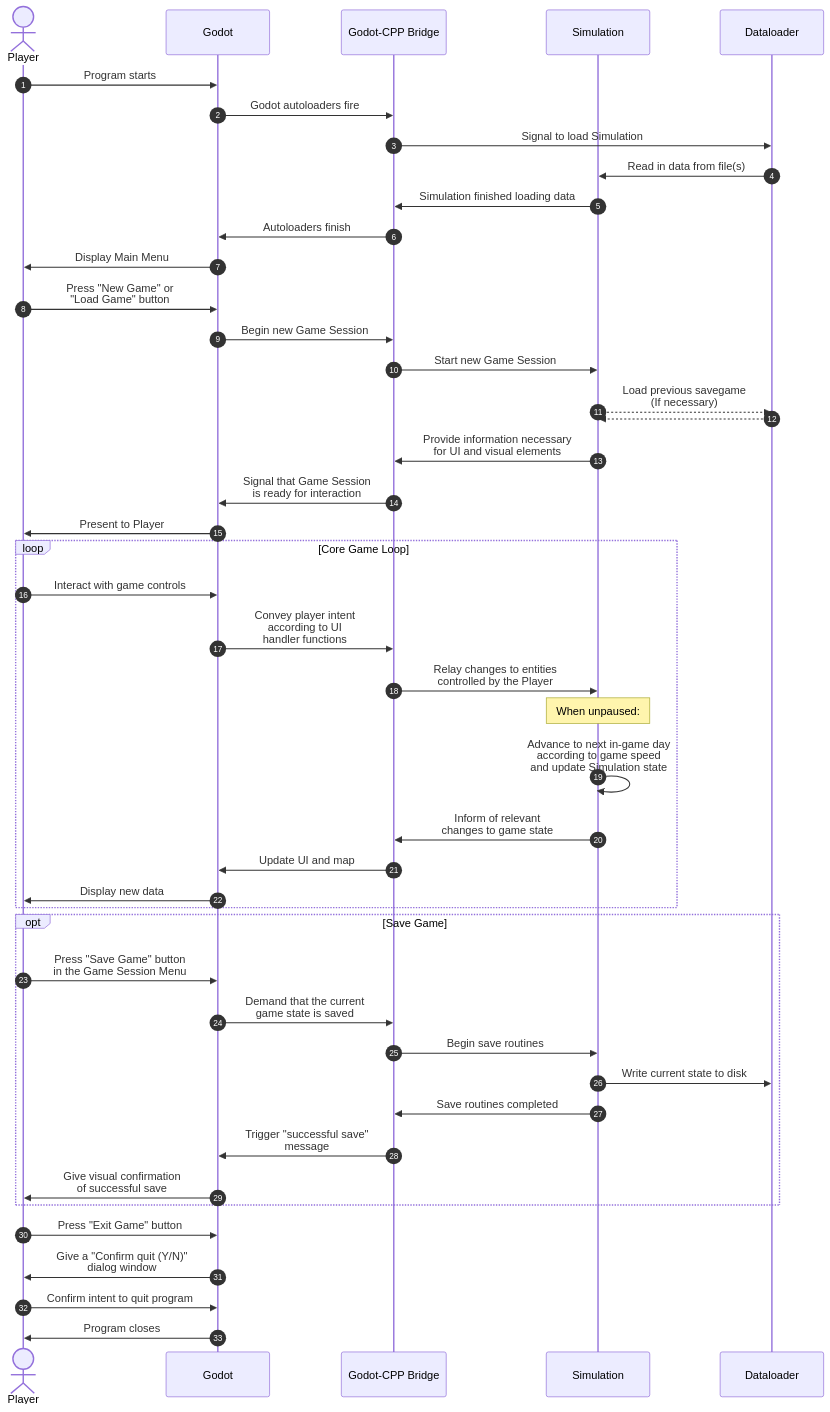
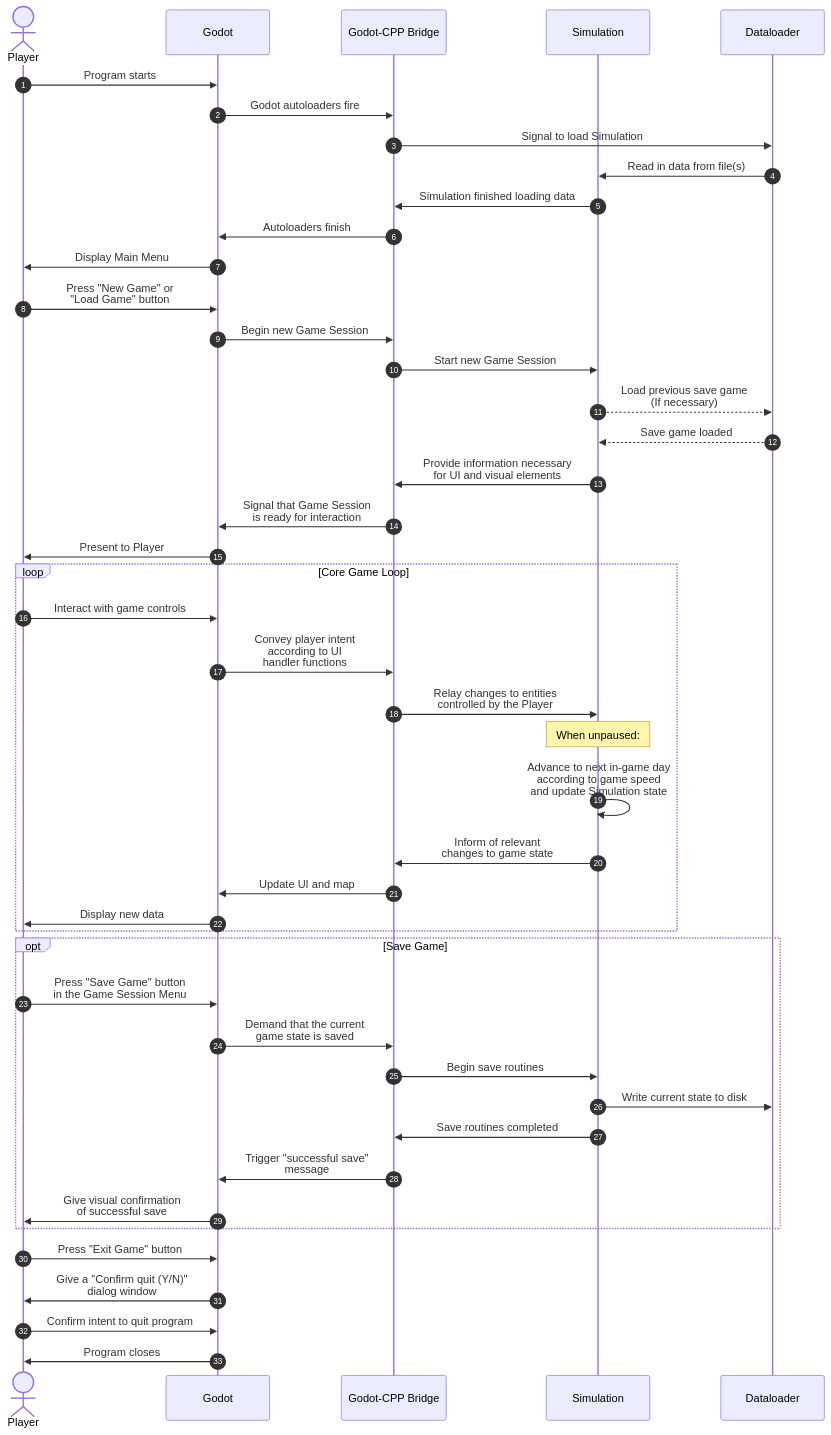
The diagram in docs/general-program-architecture.md (OpenVicProject/OpenVic), drawn with Mermaid before and after one commit.

Commit message:
adding text to fix mermaid render error

````diff
--- a/docs/general-program-architecture.md
+++ b/docs/general-program-architecture.md
@@ -2,51 +2,51 @@
 ```mermaid
 sequenceDiagram
 actor Player
 participant UI as Godot
 participant Bridge as Godot-CPP Bridge
 participant Simulation
 participant Dataloader
 autonumber
 
 Player ->> UI: Program starts
 UI ->> Bridge: Godot autoloaders fire
 Bridge ->> Dataloader: Signal to load Simulation
 Dataloader ->> Simulation: Read in data from file(s)
 Simulation ->> Bridge:  Simulation finished loading data
 Bridge ->> UI: Autoloaders finish
 UI ->> Player: Display Main Menu
 Player ->> UI: Press "New Game" or<br>"Load Game" button
 UI ->> Bridge: Begin new Game Session
 Bridge ->> Simulation: Start new Game Session
-Simulation -->> Dataloader: Load previous savegame<br>(If necessary)
-Dataloader -->> Simulation:
+Simulation -->> Dataloader: Load previous save game<br>(If necessary)
+Dataloader -->> Simulation: Save game loaded
 Simulation ->> Bridge: Provide information necessary<br>for UI and visual elements
 Bridge ->> UI: Signal that Game Session<br> is ready for interaction
 UI ->> Player: Present to Player
 
 loop Core Game Loop
 Player ->> UI: Interact with game controls
 UI ->> Bridge: Convey player intent<br>according to UI<br>handler functions
 Bridge ->> Simulation: Relay changes to entities<br>controlled by the Player
 Note over Simulation: When unpaused:
 Simulation ->> Simulation: Advance to next in-game day<br>according to game speed<br>and update Simulation state
 Simulation ->> Bridge: Inform of relevant<br>changes to game state
 Bridge ->> UI: Update UI and map
 UI ->> Player: Display new data
 end
 
 opt Save Game
 Player ->> UI: Press "Save Game" button<br>in the Game Session Menu
 UI ->> Bridge: Demand that the current<br>game state is saved
 Bridge ->> Simulation: Begin save routines
 Simulation ->> Dataloader: Write current state to disk
 Simulation ->> Bridge: Save routines completed
 Bridge ->> UI: Trigger "successful save"<br>message
 UI ->> Player: Give visual confirmation<br>of successful save
 end
 
 Player ->> UI: Press "Exit Game" button
 UI ->> Player: Give a "Confirm quit (Y/N)"<br>dialog window
 Player ->> UI: Confirm intent to quit program
 UI ->> Player: Program closes
 ```
````
